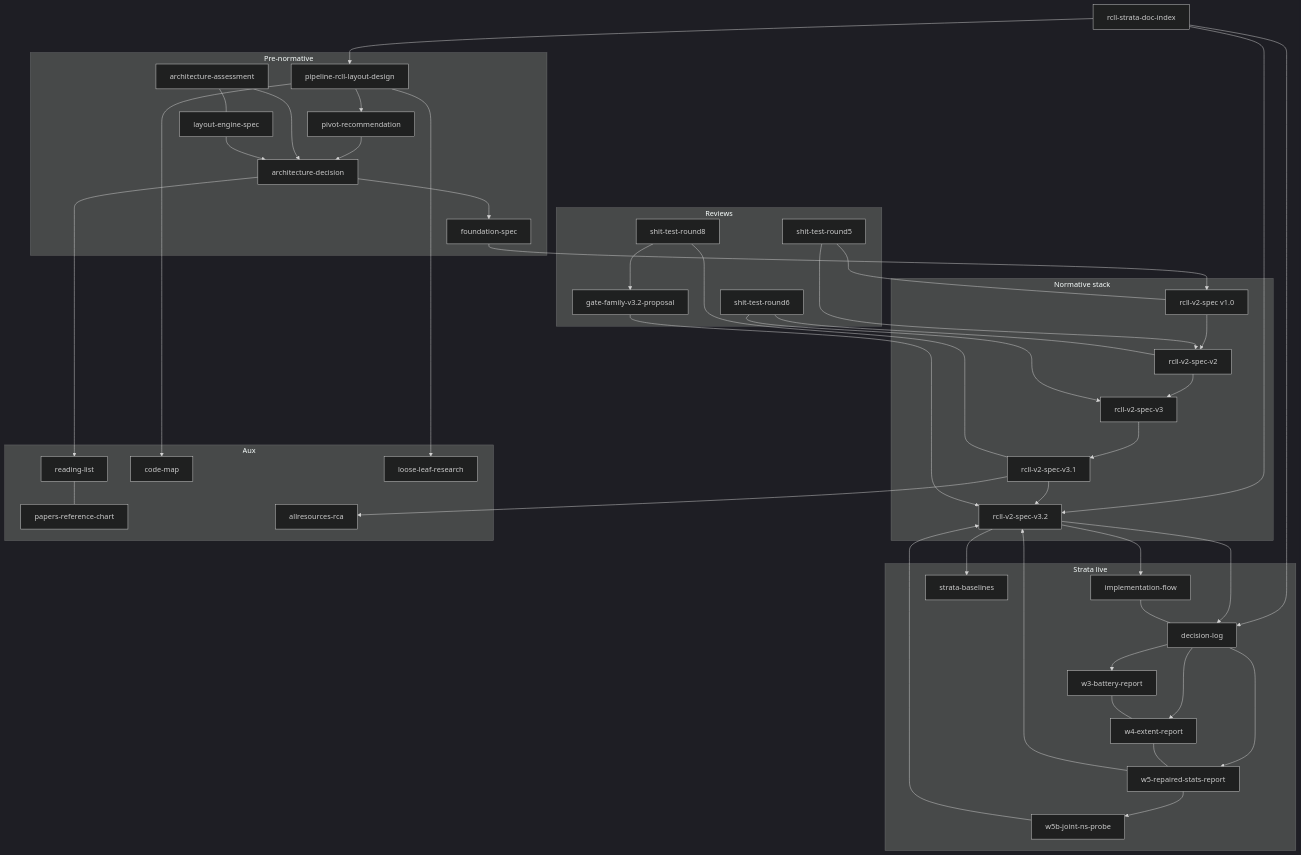
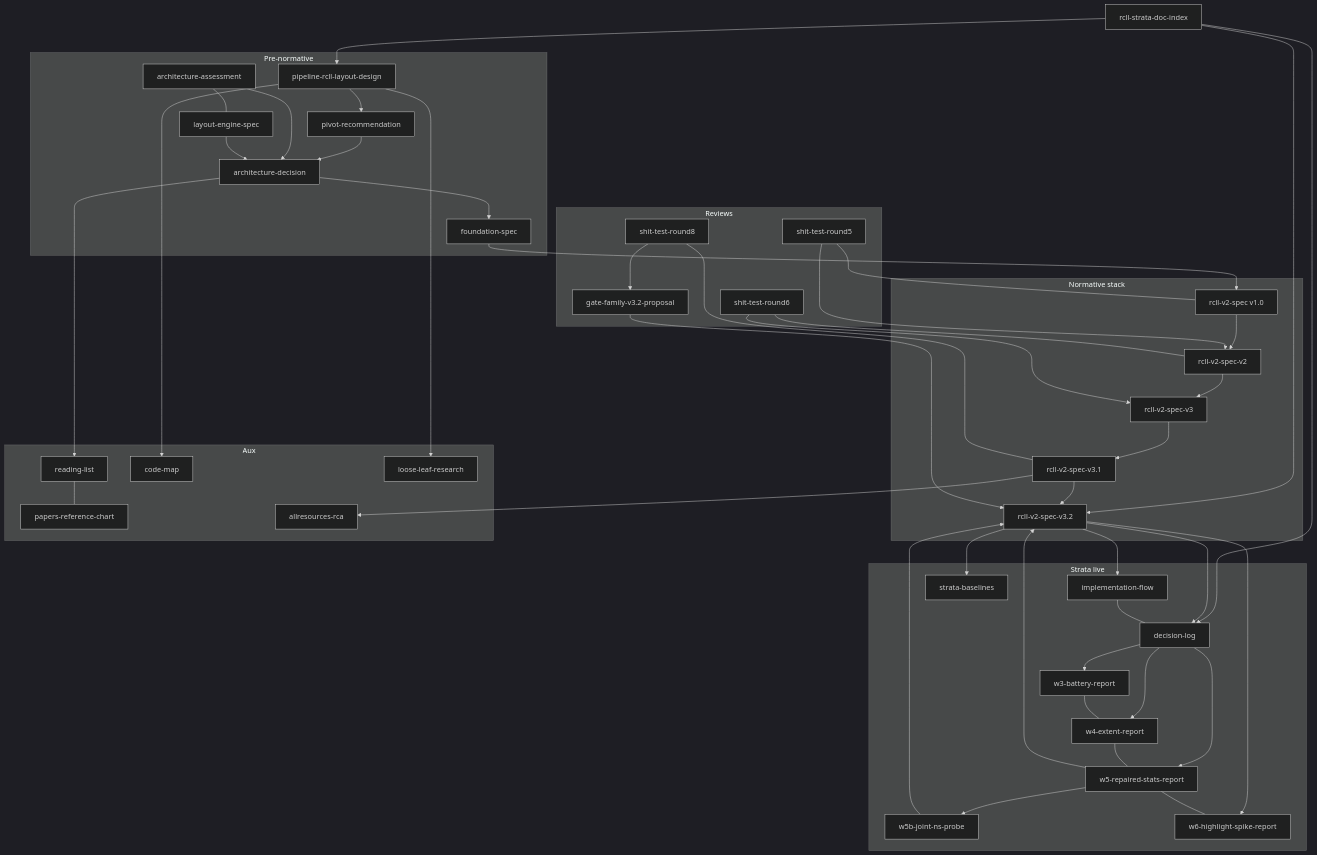
One commit to TusharSariya/excalidraw-tf changed the diagram in docs/rcll-strata-doc-index.md. Above: the diagram before and after it, drawn with Mermaid (dark theme). The commit also changed other lines of this file and 4 other files, not shown here.

First line of the commit message:
feat(terraform): Strata W6 highlight-spike battery — crossover sweep + cone metrics (SDEC-56)

```diff
--- a/docs/rcll-strata-doc-index.md
+++ b/docs/rcll-strata-doc-index.md
@@ -123,6 +124,7 @@
     W4[w4-extent-report]
     W5[w5-repaired-stats-report]
     W5b[w5b-joint-ns-probe]
+    W6[w6-highlight-spike-report]
     Base[strata-baselines]
   end
 
@@ -166,6 +168,8 @@
   Log --> W4
   Log --> W5
   W5 --> W5b
+  V32 --> W6
+  W5 --- W6
   W3 --- W4
   W4 --- W5
   V32 --> Base
```
